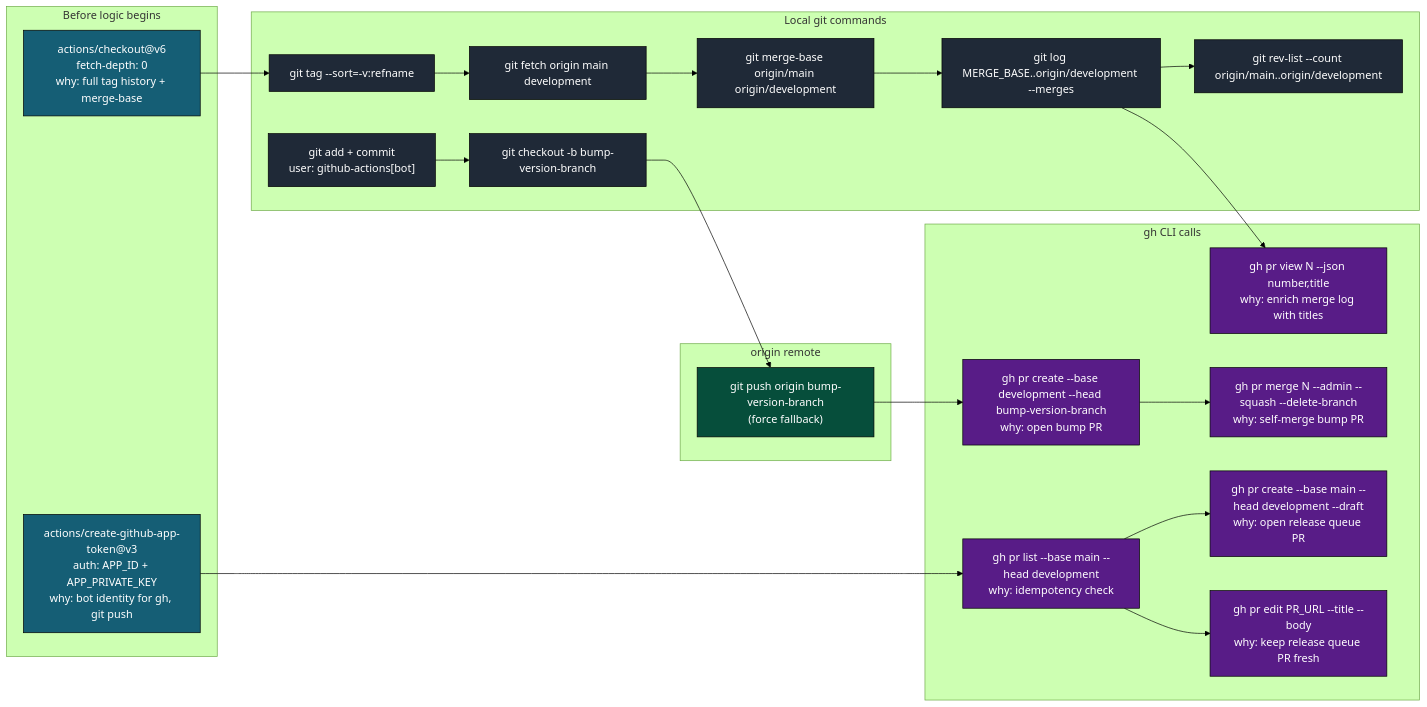
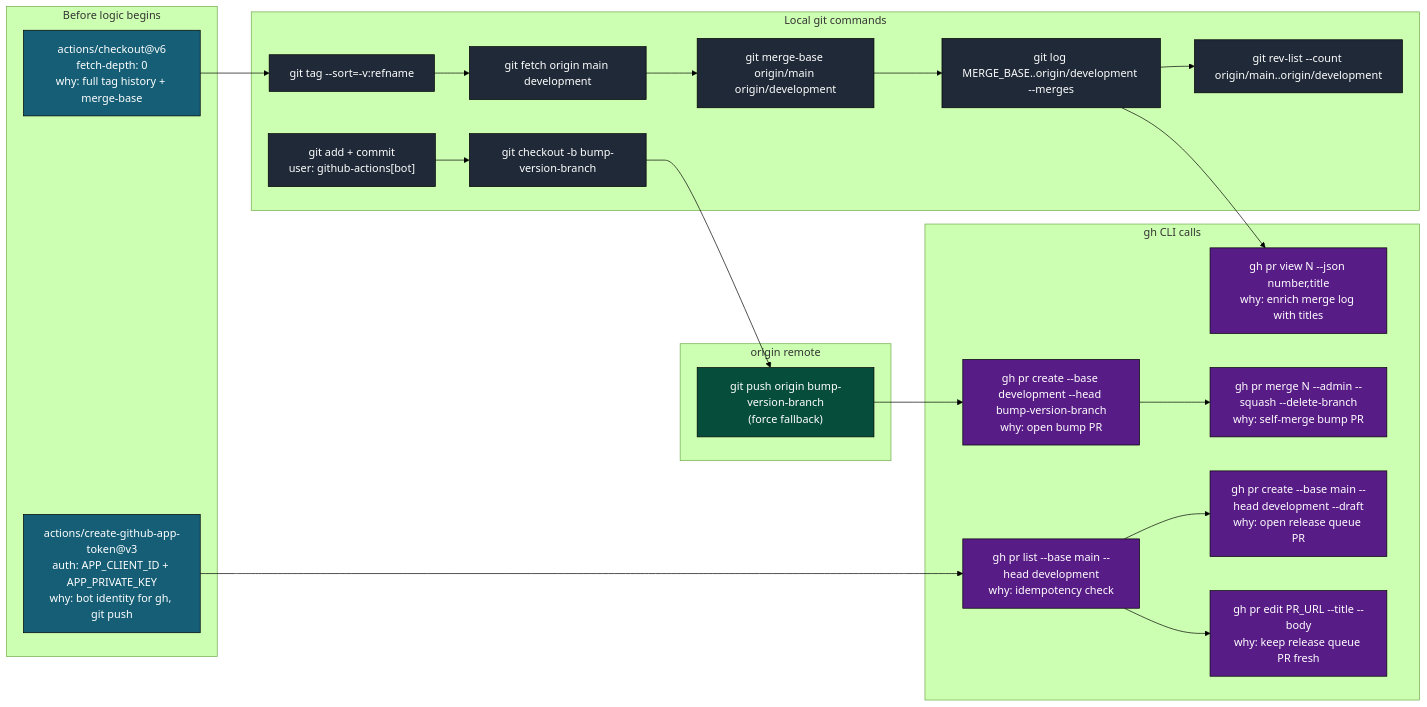
Before and after one commit to llm-exe/llm-exe: the ninth of 13 diagrams in .github/docs/DRAFT_MAIN_PR_DEEP_DIVE.md, drawn with Mermaid (forest theme). The commit also changed other lines of this file and 13 other files, not shown here.

Commit message:
fix: update references from APP_ID to APP_CLIENT_ID in documentation

````diff
--- a/.github/docs/DRAFT_MAIN_PR_DEEP_DIVE.md
+++ b/.github/docs/DRAFT_MAIN_PR_DEEP_DIVE.md
@@ -427,49 +427,49 @@
 ```mermaid
 flowchart LR
     classDef pre fill:#155e75,color:#fff,stroke:#000
     classDef git fill:#1f2937,color:#fff,stroke:#000
     classDef gh fill:#581c87,color:#fff,stroke:#000
     classDef rem fill:#064e3b,color:#fff,stroke:#000
 
     subgraph Boot["Before logic begins"]
         c1["actions/checkout@v6\nfetch-depth: 0\nwhy: full tag history + merge-base"]:::pre
-        c2["actions/create-github-app-token@v3\nauth: APP_ID + APP_PRIVATE_KEY\nwhy: bot identity for gh, git push"]:::pre
+        c2["actions/create-github-app-token@v3\nauth: APP_CLIENT_ID + APP_PRIVATE_KEY\nwhy: bot identity for gh, git push"]:::pre
     end
 
     subgraph Git["Local git commands"]
         g1["git tag --sort=-v:refname"]:::git
         g2["git fetch origin main development"]:::git
         g3["git merge-base origin/main origin/development"]:::git
         g4["git log MERGE_BASE..origin/development --merges"]:::git
         g5["git rev-list --count origin/main..origin/development"]:::git
         g6["git add + commit\nuser: github-actions[bot]"]:::git
         g7["git checkout -b bump-version-branch"]:::git
     end
 
     subgraph GH["gh CLI calls"]
         h1["gh pr list --base main --head development\nwhy: idempotency check"]:::gh
         h2["gh pr view N --json number,title\nwhy: enrich merge log with titles"]:::gh
         h3["gh pr create --base development --head bump-version-branch\nwhy: open bump PR"]:::gh
         h4["gh pr merge N --admin --squash --delete-branch\nwhy: self-merge bump PR"]:::gh
         h5["gh pr create --base main --head development --draft\nwhy: open release queue PR"]:::gh
         h6["gh pr edit PR_URL --title --body\nwhy: keep release queue PR fresh"]:::gh
     end
 
     subgraph Remote["origin remote"]
         r1["git push origin bump-version-branch\n(force fallback)"]:::rem
     end
 
     c1 --> g1
     c2 --> h1
     g1 --> g2
     g2 --> g3
     g3 --> g4
     g4 --> h2
     g4 --> g5
     g6 --> g7
     g7 --> r1
     r1 --> h3
     h3 --> h4
     h1 --> h5
     h1 --> h6
 ```
````
